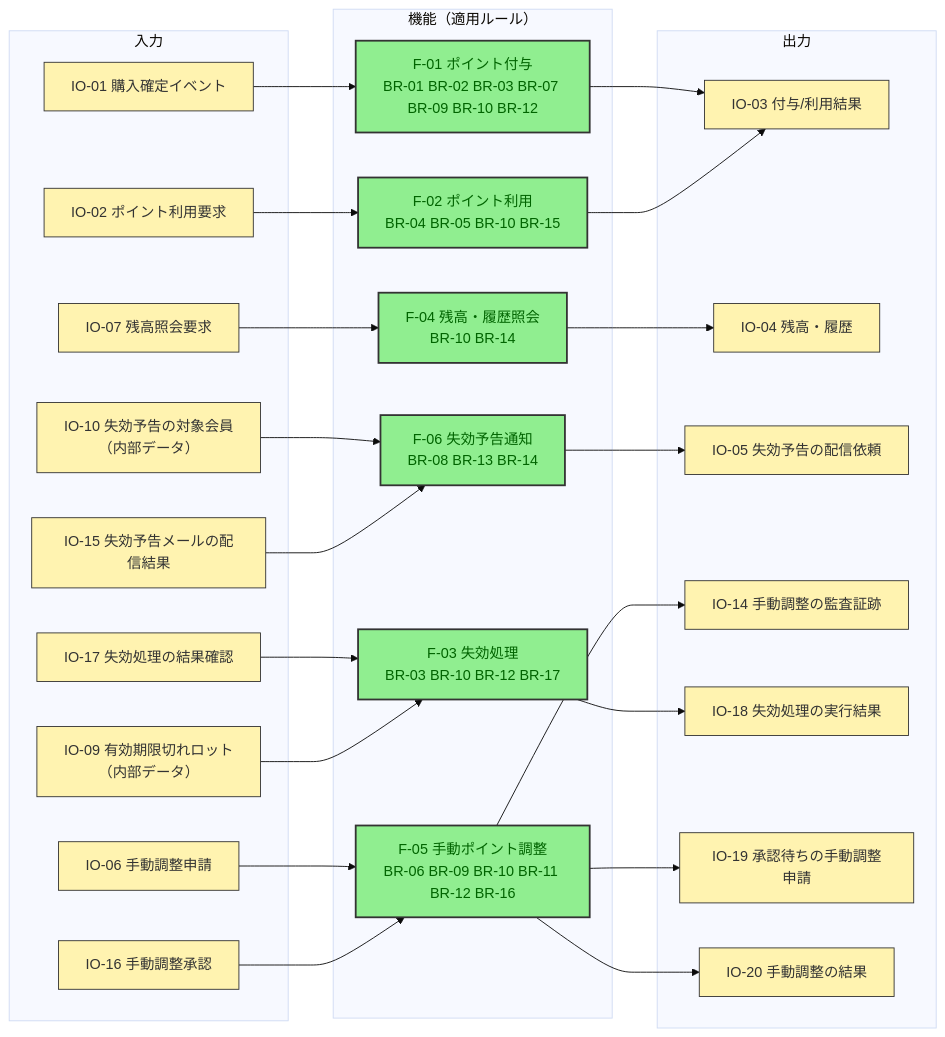
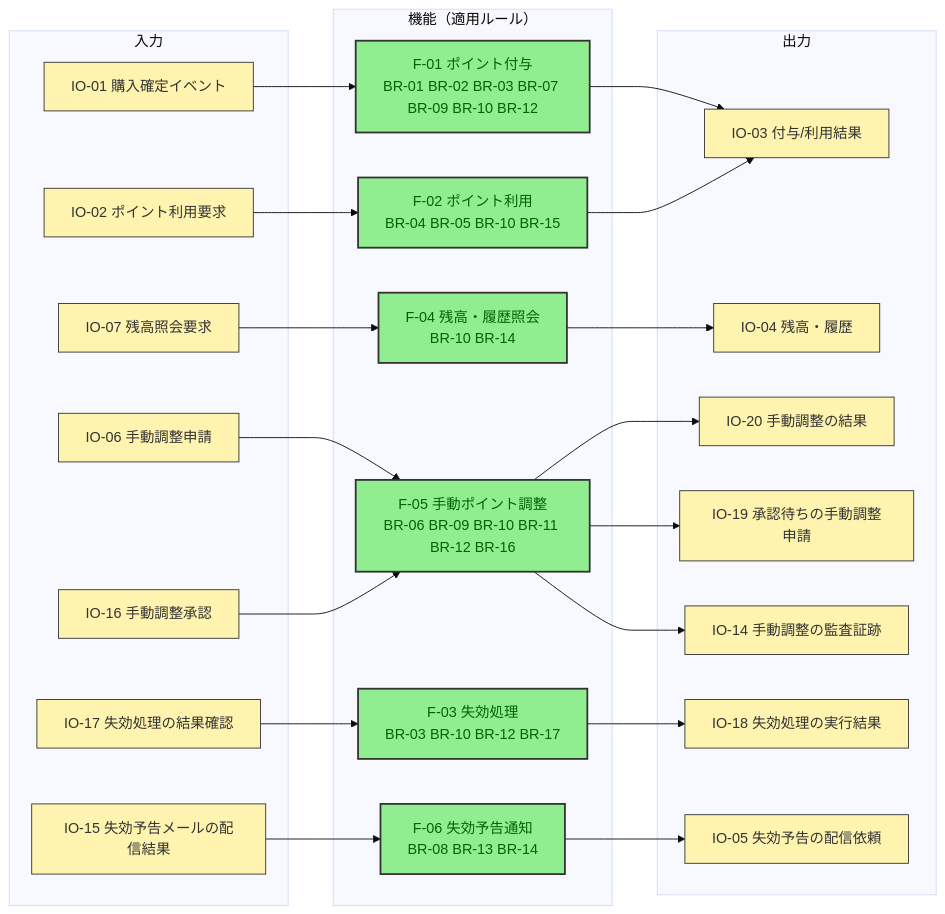
The second of 6 diagrams in samples/docs/requirements-detail.md (kasiopeiya/claude-dev-template), drawn with Mermaid (base theme) before and after one commit. The commit also changed other lines of this file and 2 other files, not shown here.

````diff
--- a/samples/docs/requirements-detail.md
+++ b/samples/docs/requirements-detail.md
@@ -508,51 +488,48 @@
 ```mermaid
 flowchart LR
     subgraph IN["入力"]
         io1["IO-01 購入確定イベント"]
         io2["IO-02 ポイント利用要求"]
         io7["IO-07 残高照会要求"]
         io6["IO-06 手動調整申請"]
         io16["IO-16 手動調整承認"]
         io17["IO-17 失効処理の結果確認"]
         io15["IO-15 失効予告メールの配信結果"]
-        d1["IO-09 有効期限切れロット<br/>（内部データ）"]
-        d2["IO-10 失効予告の対象会員<br/>（内部データ）"]
     end
 
     subgraph FUNC["機能（適用ルール）"]
         f1["F-01 ポイント付与<br/>BR-01 BR-02 BR-03 BR-07 BR-09 BR-10 BR-12"]
         f2["F-02 ポイント利用<br/>BR-04 BR-05 BR-10 BR-15"]
         f4["F-04 残高・履歴照会<br/>BR-10 BR-14"]
         f5["F-05 手動ポイント調整<br/>BR-06 BR-09 BR-10 BR-11 BR-12 BR-16"]
         f3["F-03 失効処理<br/>BR-03 BR-10 BR-12 BR-17"]
         f6["F-06 失効予告通知<br/>BR-08 BR-13 BR-14"]
     end
 
     subgraph OUT["出力"]
         io3["IO-03 付与/利用結果"]
         io4["IO-04 残高・履歴"]
         io5["IO-05 失効予告の配信依頼"]
         io14["IO-14 手動調整の監査証跡"]
         io18["IO-18 失効処理の実行結果"]
         io19["IO-19 承認待ちの手動調整申請"]
         io20["IO-20 手動調整の結果"]
     end
 
     io1 --> f1 --> io3
     io2 --> f2 --> io3
     io7 --> f4 --> io4
     io6 --> f5 --> io20
     f5 --> io19
     io16 --> f5
     io17 --> f3
     f5 --> io14
-    d1 --> f3
     f3 --> io18
-    d2 --> f6 --> io5
+    f6 --> io5
     io15 --> f6
 
     classDef io fill:#FFF3B0,stroke:#333,stroke-width:1px,color:#333
     classDef func fill:#90EE90,stroke:#333,stroke-width:2px,color:darkgreen
-    class io1,io2,io6,io7,io15,io16,io17,d1,d2,io3,io4,io5,io14,io18,io19,io20 io
+    class io1,io2,io6,io7,io15,io16,io17,io3,io4,io5,io14,io18,io19,io20 io
     class f1,f2,f3,f4,f5,f6 func
 ```
````
